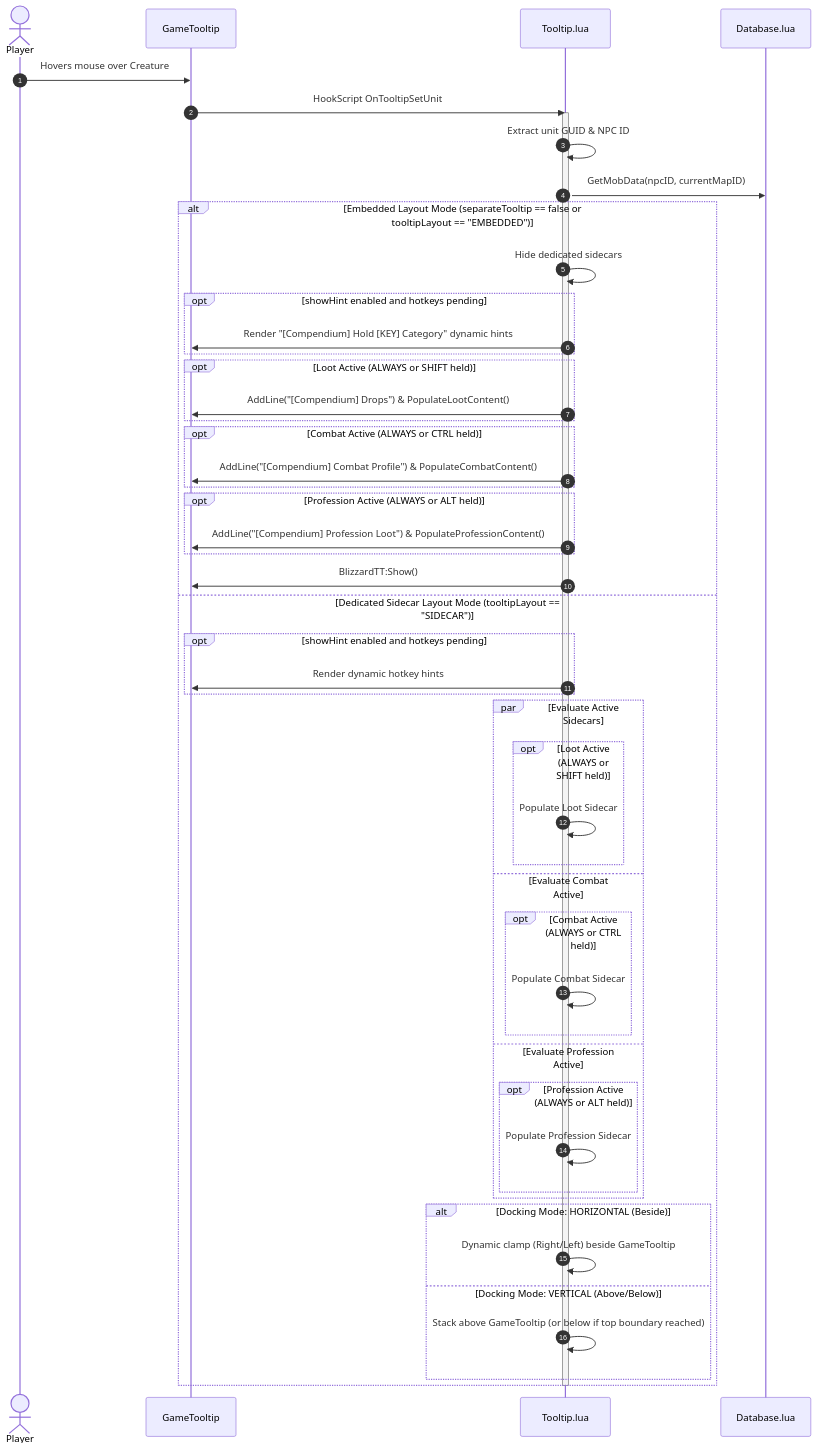
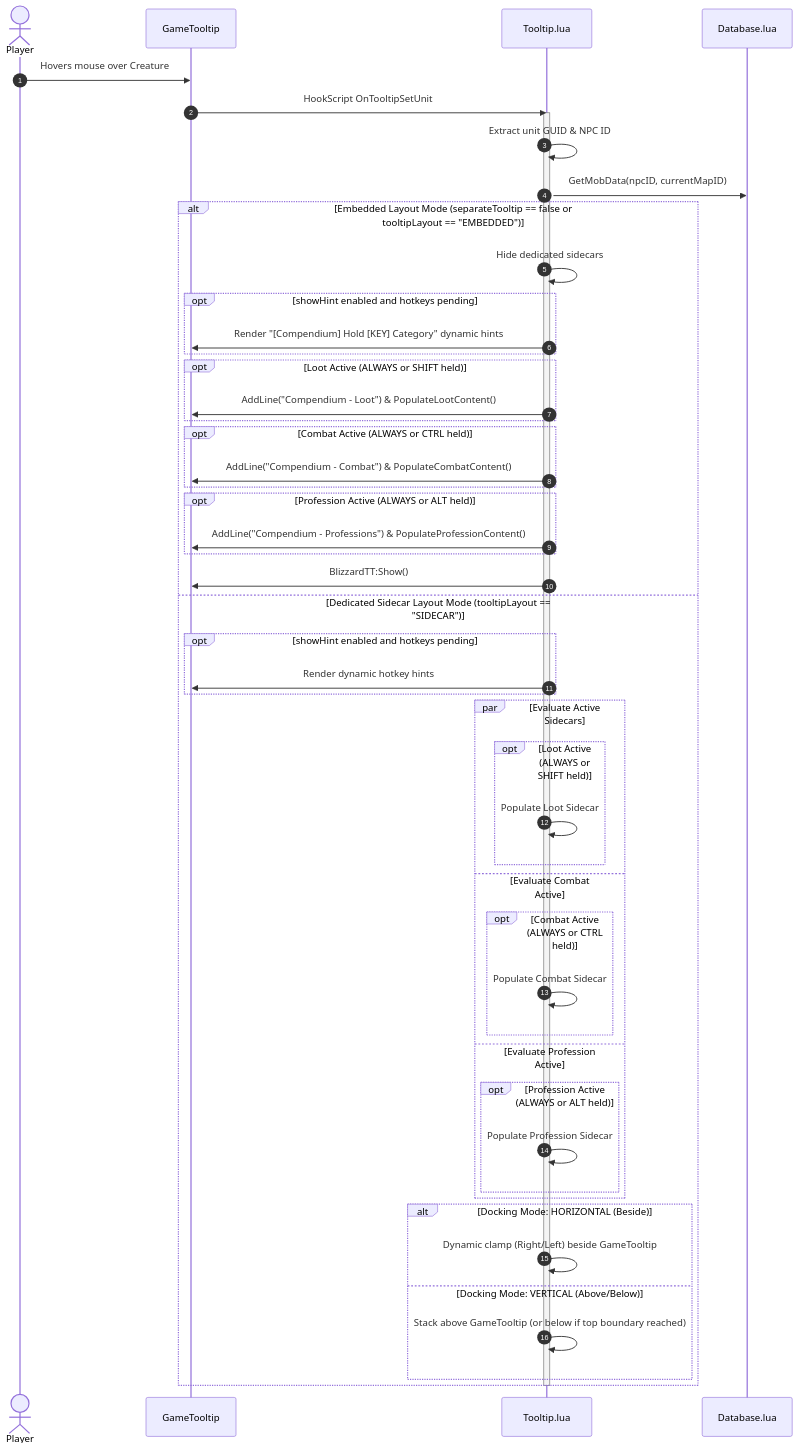
One commit to bguerre20/AzerothCreatureCompendium changed the fifth of 5 diagrams in docs/ARCHITECTURE.md. Above: the diagram before and after it, drawn with Mermaid. The commit also changed other lines of this file and 4 other files, not shown here.

````diff
--- a/docs/ARCHITECTURE.md
+++ b/docs/ARCHITECTURE.md
@@ -245,55 +245,55 @@
 ```mermaid
 sequenceDiagram
     autonumber
     actor Player
     participant BlizzardTT as GameTooltip
     participant Tooltip as Tooltip.lua
     participant DB as Database.lua
 
     Player->>BlizzardTT: Hovers mouse over Creature
     BlizzardTT->>Tooltip: HookScript OnTooltipSetUnit
     activate Tooltip
     Tooltip->>Tooltip: Extract unit GUID & NPC ID
     Tooltip->>DB: GetMobData(npcID, currentMapID)
 
     alt Embedded Layout Mode (separateTooltip == false or tooltipLayout == "EMBEDDED")
         Tooltip->>Tooltip: Hide dedicated sidecars
         opt showHint enabled and hotkeys pending
             Tooltip->>BlizzardTT: Render "[Compendium] Hold [KEY] Category" dynamic hints
         end
         opt Loot Active (ALWAYS or SHIFT held)
-            Tooltip->>BlizzardTT: AddLine("[Compendium] Drops") & PopulateLootContent()
+            Tooltip->>BlizzardTT: AddLine("Compendium - Loot") & PopulateLootContent()
         end
         opt Combat Active (ALWAYS or CTRL held)
-            Tooltip->>BlizzardTT: AddLine("[Compendium] Combat Profile") & PopulateCombatContent()
+            Tooltip->>BlizzardTT: AddLine("Compendium - Combat") & PopulateCombatContent()
         end
         opt Profession Active (ALWAYS or ALT held)
-            Tooltip->>BlizzardTT: AddLine("[Compendium] Profession Loot") & PopulateProfessionContent()
+            Tooltip->>BlizzardTT: AddLine("Compendium - Professions") & PopulateProfessionContent()
         end
         Tooltip->>BlizzardTT: BlizzardTT:Show()
     else Dedicated Sidecar Layout Mode (tooltipLayout == "SIDECAR")
         opt showHint enabled and hotkeys pending
             Tooltip->>BlizzardTT: Render dynamic hotkey hints
         end
         par Evaluate Active Sidecars
             opt Loot Active (ALWAYS or SHIFT held)
                 Tooltip->>Tooltip: Populate Loot Sidecar
             end
         and Evaluate Combat Active
             opt Combat Active (ALWAYS or CTRL held)
                 Tooltip->>Tooltip: Populate Combat Sidecar
             end
         and Evaluate Profession Active
             opt Profession Active (ALWAYS or ALT held)
                 Tooltip->>Tooltip: Populate Profession Sidecar
             end
         end
 
         alt Docking Mode: HORIZONTAL (Beside)
             Tooltip->>Tooltip: Dynamic clamp (Right/Left) beside GameTooltip
         else Docking Mode: VERTICAL (Above/Below)
             Tooltip->>Tooltip: Stack above GameTooltip (or below if top boundary reached)
         end
     end
     deactivate Tooltip
 ```
````
